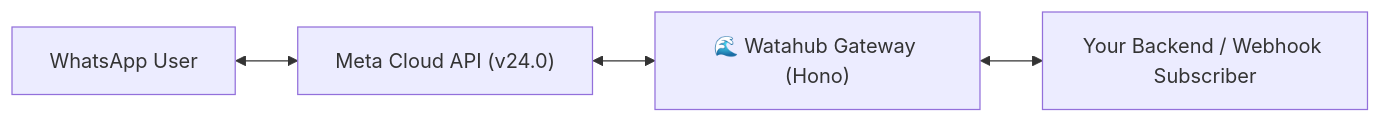
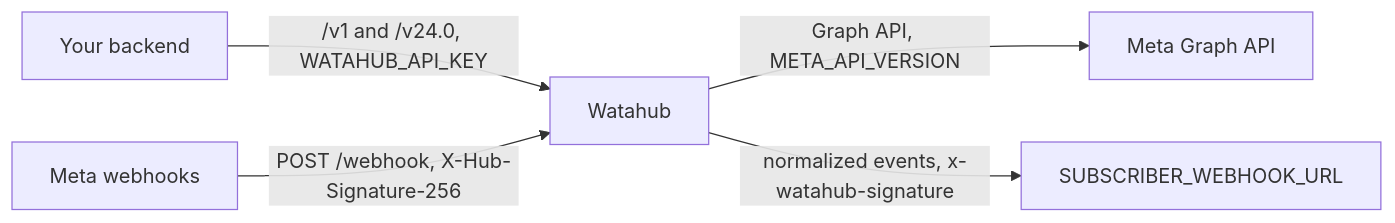
The diagram in README.md (Hub-Ventures/watahub), drawn with Mermaid before and after one commit. The commit also changed other lines of this file and 10 other files, not shown here.

````diff
--- a/README.md
+++ b/README.md
@@ -50,6 +17,7 @@
 ```mermaid
 flowchart LR
-    User["WhatsApp User"] <--> Meta["Meta Cloud API (v24.0)"]
-    Meta <--> Watahub["🌊 Watahub Gateway (Hono)"]
-    Watahub <--> Backend["Your Backend / Webhook Subscriber"]
+  backend["Your backend"] -->|"/v1 and /v24.0, WATAHUB_API_KEY"| gateway["Watahub"]
+  gateway -->|"Graph API, META_API_VERSION"| metaGraph["Meta Graph API"]
+  meta["Meta webhooks"] -->|"POST /webhook, X-Hub-Signature-256"| gateway
+  gateway -->|"normalized events, x-watahub-signature"| subscriber["SUBSCRIBER_WEBHOOK_URL"]
 ```
````
